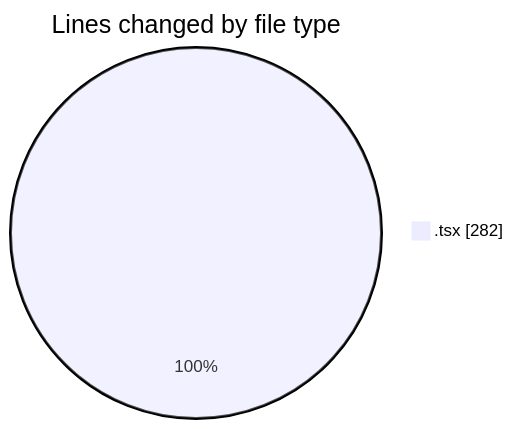
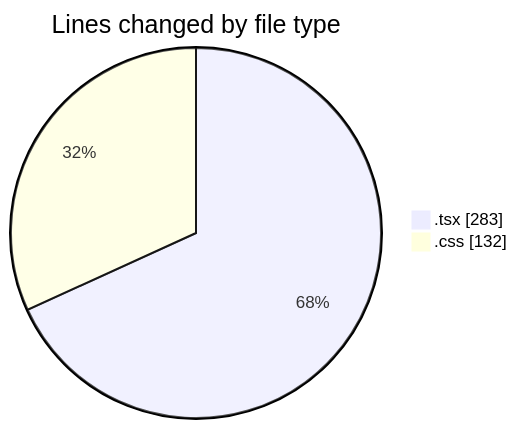
One commit to Elitesun/code-tracking changed the first of 2 diagrams in 2025-05-06/niten/README.md. Above: the diagram before and after it, drawn with Mermaid. The commit also changed other lines of this file and 1 other file, not shown here.

````diff
--- a/2025-05-06/niten/README.md
+++ b/2025-05-06/niten/README.md
@@ -23,5 +25,6 @@
 ```mermaid
 pie showData
 title Lines changed by file type
-".tsx" : 282
+".tsx" : 283
+".css" : 132
 ```
````
